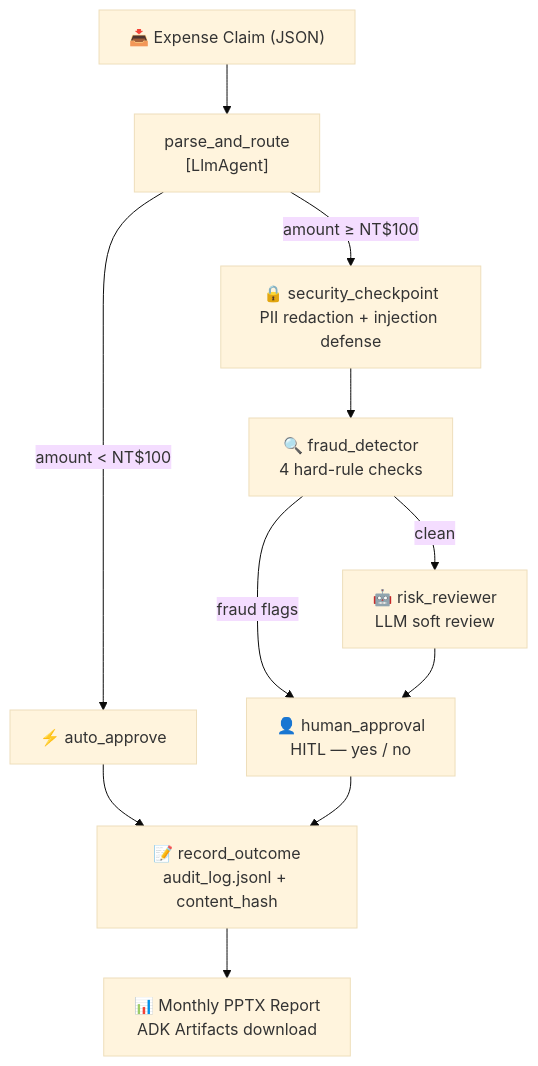
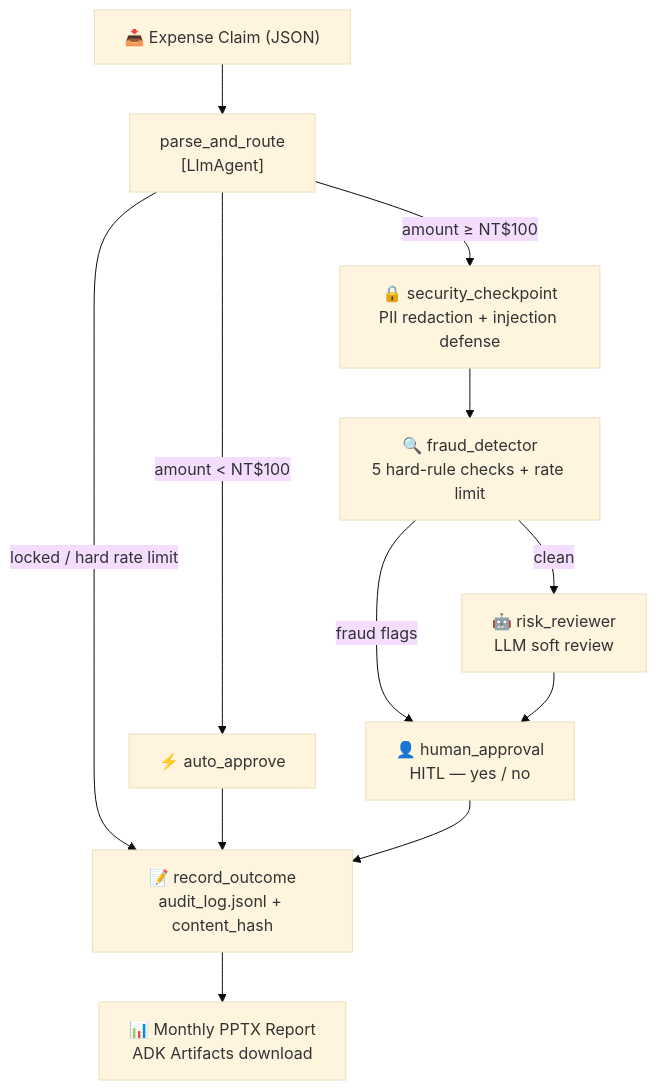
The diagram in README.md (genna-lee/expense-audit-agent), drawn with Mermaid (base theme) before and after one commit. The commit also changed other lines of this file, not shown here.

````diff
--- a/README.md
+++ b/README.md
@@ -34,13 +34,14 @@
 ```mermaid
 flowchart TD
     A["📥 Expense Claim (JSON)"] --> B["parse_and_route\n[LlmAgent]"]
+    B -->|locked / hard rate limit| H
     B -->|amount < NT$100| C["⚡ auto_approve"]
     B -->|amount ≥ NT$100| D["🔒 security_checkpoint\nPII redaction + injection defense"]
-    D --> E["🔍 fraud_detector\n4 hard-rule checks"]
+    D --> E["🔍 fraud_detector\n5 hard-rule checks + rate limit"]
     E -->|fraud flags| G["👤 human_approval\nHITL — yes / no"]
     E -->|clean| F["🤖 risk_reviewer\nLLM soft review"]
     F --> G
     C --> H["📝 record_outcome\naudit_log.jsonl + content_hash"]
     G --> H
     H --> I["📊 Monthly PPTX Report\nADK Artifacts download"]
 ```
````
